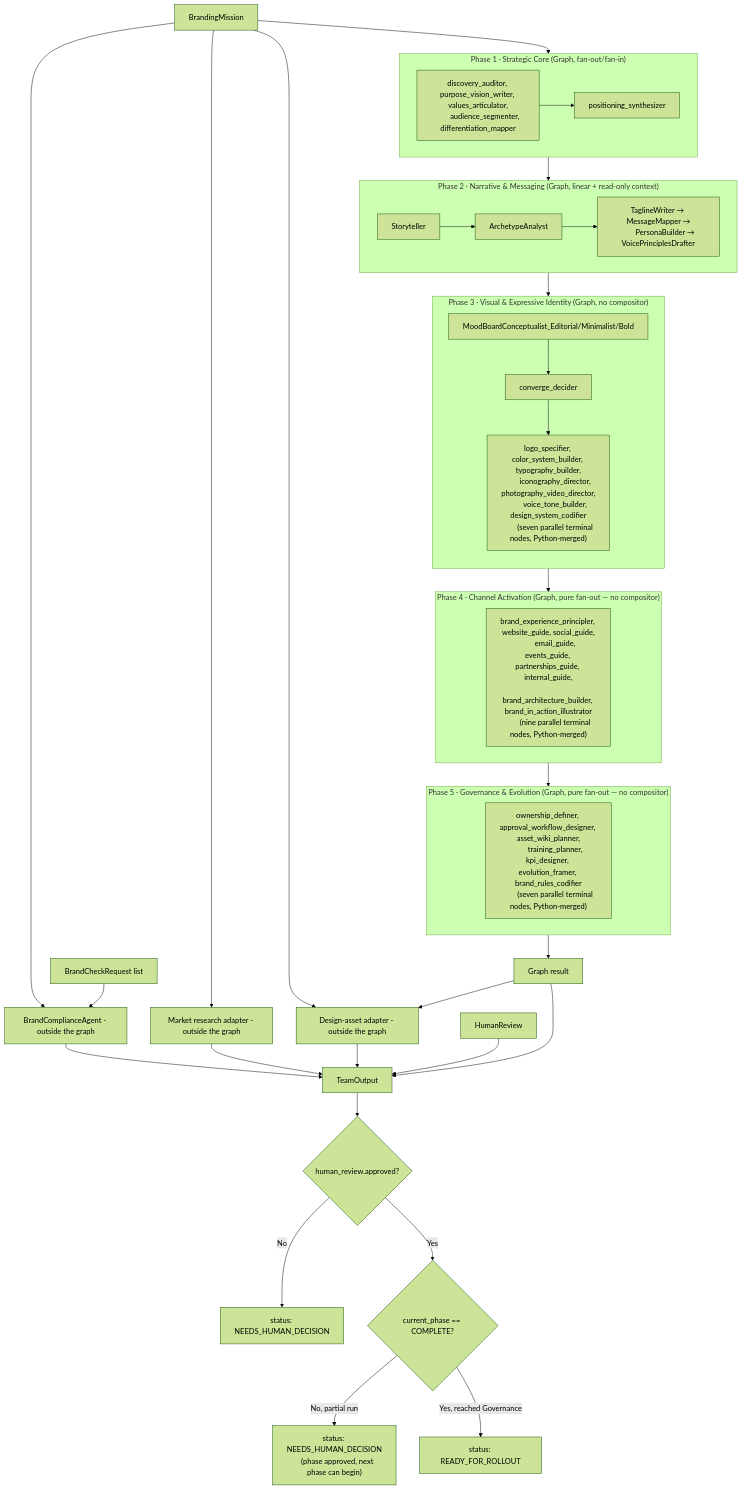
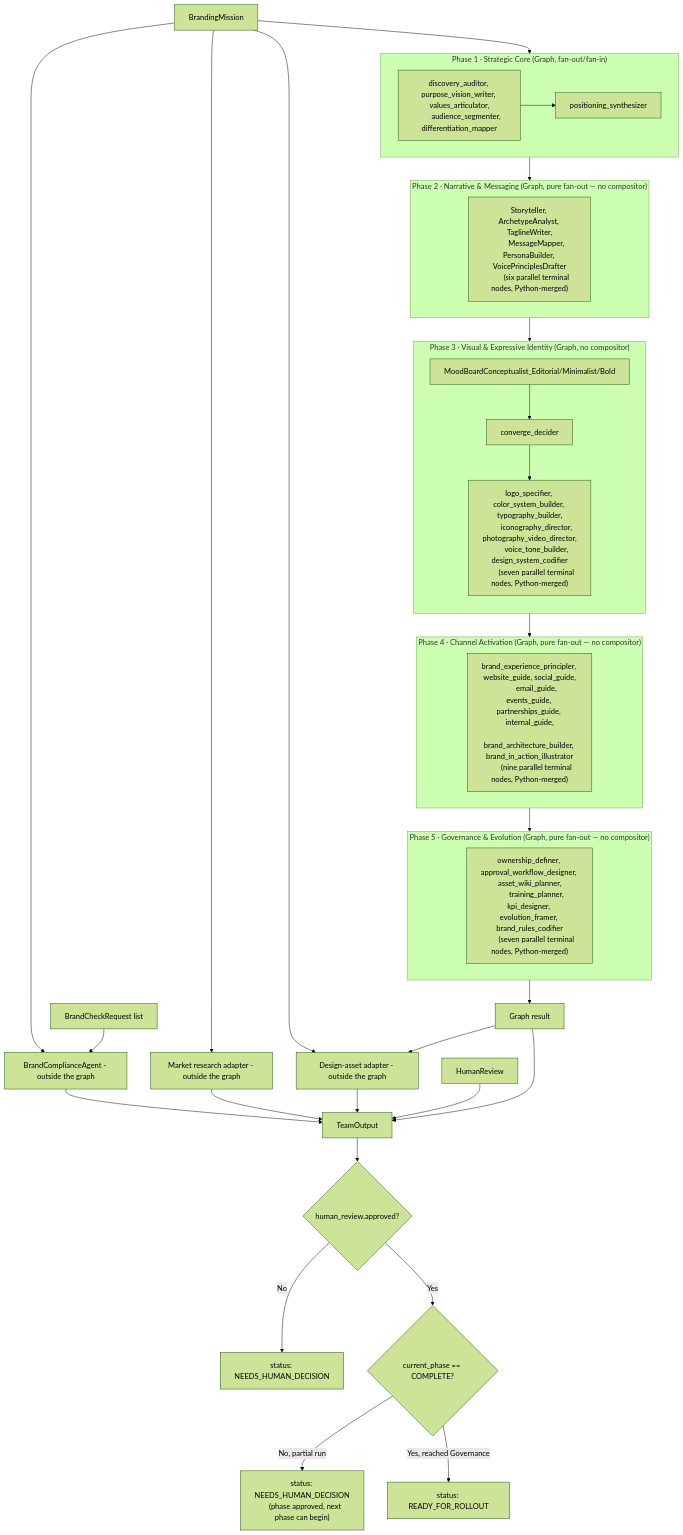
Before and after one commit to brandonkindred/Khala-Agentic-AI-Teams: the first of 3 diagrams in backend/agents/branding_team/README.md, drawn with Mermaid (forest theme). The commit also changed other lines of this file and 8 other files, not shown here.

First line of the commit message:
fix: align Phase 2 prompts, tests, and docs with the parallel fan-out topology

````diff
--- a/backend/agents/branding_team/README.md
+++ b/backend/agents/branding_team/README.md
@@ -48,70 +48,70 @@
 ```mermaid
 flowchart TB
     Mission[BrandingMission] --> P1
 
     subgraph P1 ["Phase 1 · Strategic Core (Graph, fan-out/fan-in)"]
         direction LR
         P1nodes["discovery_auditor, purpose_vision_writer, values_articulator,
         audience_segmenter, differentiation_mapper"] --> P1join[positioning_synthesizer]
     end
 
     P1 --> P2
 
-    subgraph P2 ["Phase 2 · Narrative & Messaging (Graph, linear + read-only context)"]
+    subgraph P2 ["Phase 2 · Narrative & Messaging (Graph, pure fan-out — no compositor)"]
         direction LR
-        P2a[Storyteller] --> P2b[ArchetypeAnalyst]
-        P2b --> P2rest["TaglineWriter → MessageMapper →
-        PersonaBuilder → VoicePrinciplesDrafter"]
+        P2nodes["Storyteller, ArchetypeAnalyst, TaglineWriter,
+        MessageMapper, PersonaBuilder, VoicePrinciplesDrafter
+        (six parallel terminal nodes, Python-merged)"]
     end
 
     P2 --> P3
 
     subgraph P3 ["Phase 3 · Visual & Expressive Identity (Graph, no compositor)"]
         direction TB
         P3diverge["MoodBoardConceptualist_Editorial/Minimalist/Bold"] --> P3conv[converge_decider]
         P3conv --> P3fan["logo_specifier, color_system_builder, typography_builder,
         iconography_director, photography_video_director,
         voice_tone_builder, design_system_codifier
         (seven parallel terminal nodes, Python-merged)"]
     end
 
     P3 --> P4
 
     subgraph P4 ["Phase 4 · Channel Activation (Graph, pure fan-out — no compositor)"]
         direction LR
         P4nodes["brand_experience_principler, website_guide, social_guide,
         email_guide, events_guide, partnerships_guide, internal_guide,
         brand_architecture_builder, brand_in_action_illustrator
         (nine parallel terminal nodes, Python-merged)"]
     end
 
     P4 --> P5
 
     subgraph P5 ["Phase 5 · Governance & Evolution (Graph, pure fan-out — no compositor)"]
         direction LR
         P5nodes["ownership_definer, approval_workflow_designer, asset_wiki_planner,
         training_planner, kpi_designer, evolution_framer, brand_rules_codifier
         (seven parallel terminal nodes, Python-merged)"]
     end
 
     P5 --> GraphResult[Graph result]
 
     Mission --> Compliance[BrandComplianceAgent - outside the graph]
     BrandChecks[BrandCheckRequest list] --> Compliance
     Mission --> MarketResearch[Market research adapter - outside the graph]
     Mission --> DesignAssets[Design-asset adapter - outside the graph]
     GraphResult --> DesignAssets
 
     GraphResult --> TeamOutput[TeamOutput]
     Compliance --> TeamOutput
     MarketResearch --> TeamOutput
     DesignAssets --> TeamOutput
     HumanReview[HumanReview] --> TeamOutput
 
     TeamOutput --> Approved{human_review.approved?}
     Approved -->|No| NeedsHuman[status: NEEDS_HUMAN_DECISION]
     Approved -->|Yes| Complete{current_phase == COMPLETE?}
     Complete -->|No, partial run| PhaseApproved["status: NEEDS_HUMAN_DECISION
     (phase approved, next phase can begin)"]
     Complete -->|Yes, reached Governance| Ready[status: READY_FOR_ROLLOUT]
 ```
````
